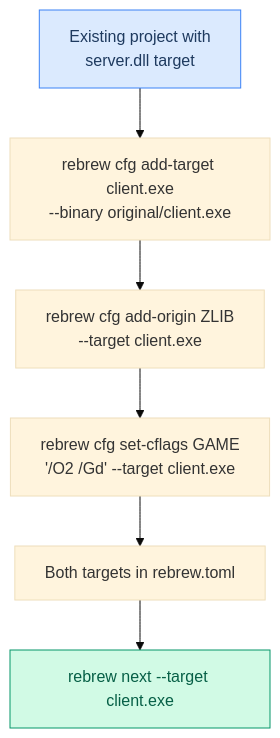
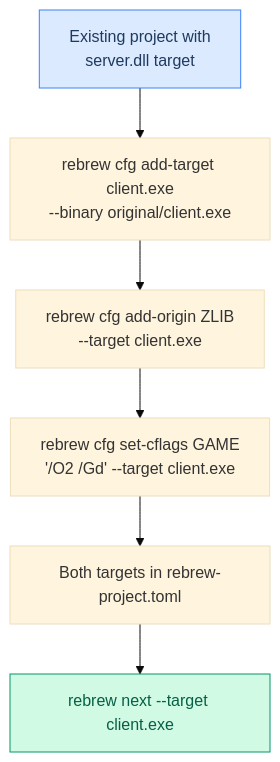
The second of 16 diagrams in docs/USER_STORIES.md (maci0/rebrew), drawn with Mermaid (base theme) before and after one commit. The commit also changed other lines of this file and 99 other files, not shown here.

````diff
--- a/docs/USER_STORIES.md
+++ b/docs/USER_STORIES.md
@@ -58,11 +58,11 @@
 ```mermaid
 graph TD
     A["Existing project with<br/>server.dll target"] --> B["rebrew cfg add-target client.exe<br/>--binary original/client.exe"]
     B --> C["rebrew cfg add-origin ZLIB<br/>--target client.exe"]
     C --> D["rebrew cfg set-cflags GAME<br/>'/O2 /Gd' --target client.exe"]
-    D --> E["Both targets in rebrew.toml"]
+    D --> E["Both targets in rebrew-project.toml"]
     E --> F["rebrew next --target client.exe"]
 
     style A fill:#dbeafe,stroke:#3b82f6,color:#1e3a5f
     style F fill:#d1fae5,stroke:#059669,color:#065f46
 ```
````
